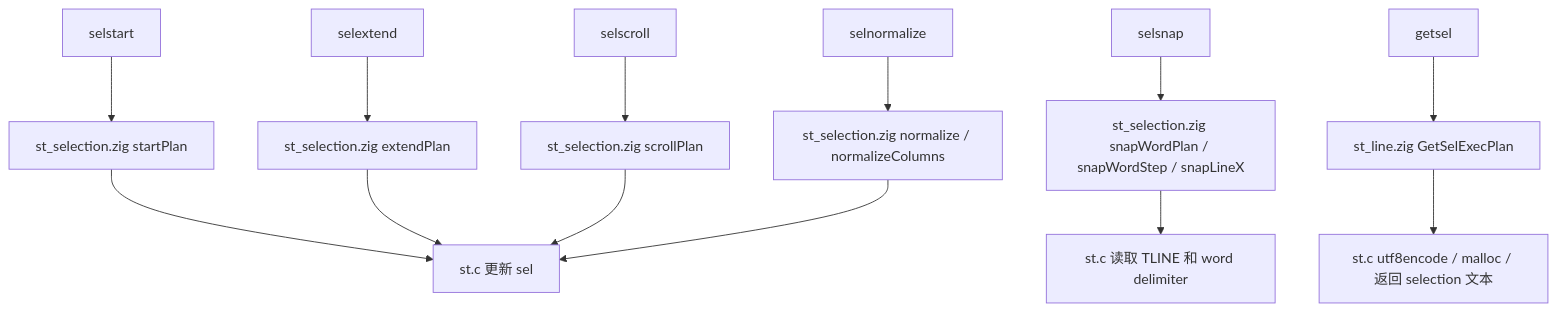
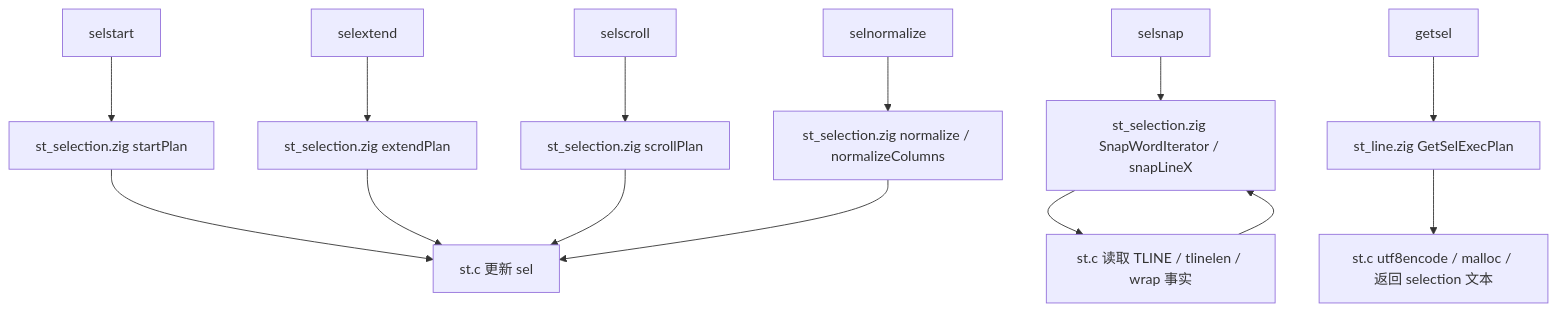
The sixth of 9 diagrams in docs/architecture-flow.md (zdzDesigner/st), drawn with Mermaid before and after one commit. The commit also changed other lines of this file and 18 other files, not shown here.

````diff
--- a/docs/architecture-flow.md
+++ b/docs/architecture-flow.md
@@ -158,16 +158,17 @@
 ```mermaid
 flowchart TD
     Start[selstart] --> StartPlan[st_selection.zig startPlan]
     Extend[selextend] --> ExtendPlan[st_selection.zig extendPlan]
     Scroll[selscroll] --> ScrollPlan[st_selection.zig scrollPlan]
     Normalize[selnormalize] --> Bounds[st_selection.zig normalize / normalizeColumns]
-    Snap[selsnap] --> SnapPlan[st_selection.zig snapWordPlan / snapWordStep / snapLineX]
+    Snap[selsnap] --> SnapPlan[st_selection.zig SnapWordIterator / snapLineX]
     GetSel[getsel] --> GetLine[st_line.zig GetSelExecPlan]
 
     StartPlan --> CState[st.c 更新 sel]
     ExtendPlan --> CState
     ScrollPlan --> CState
     Bounds --> CState
-    SnapPlan --> CTLine[st.c 读取 TLINE 和 word delimiter]
+    SnapPlan --> CRead[st.c 读取 TLINE / tlinelen / wrap 事实]
+    CRead --> SnapPlan
     GetLine --> CCopy[st.c utf8encode / malloc / 返回 selection 文本]
 ```
````
